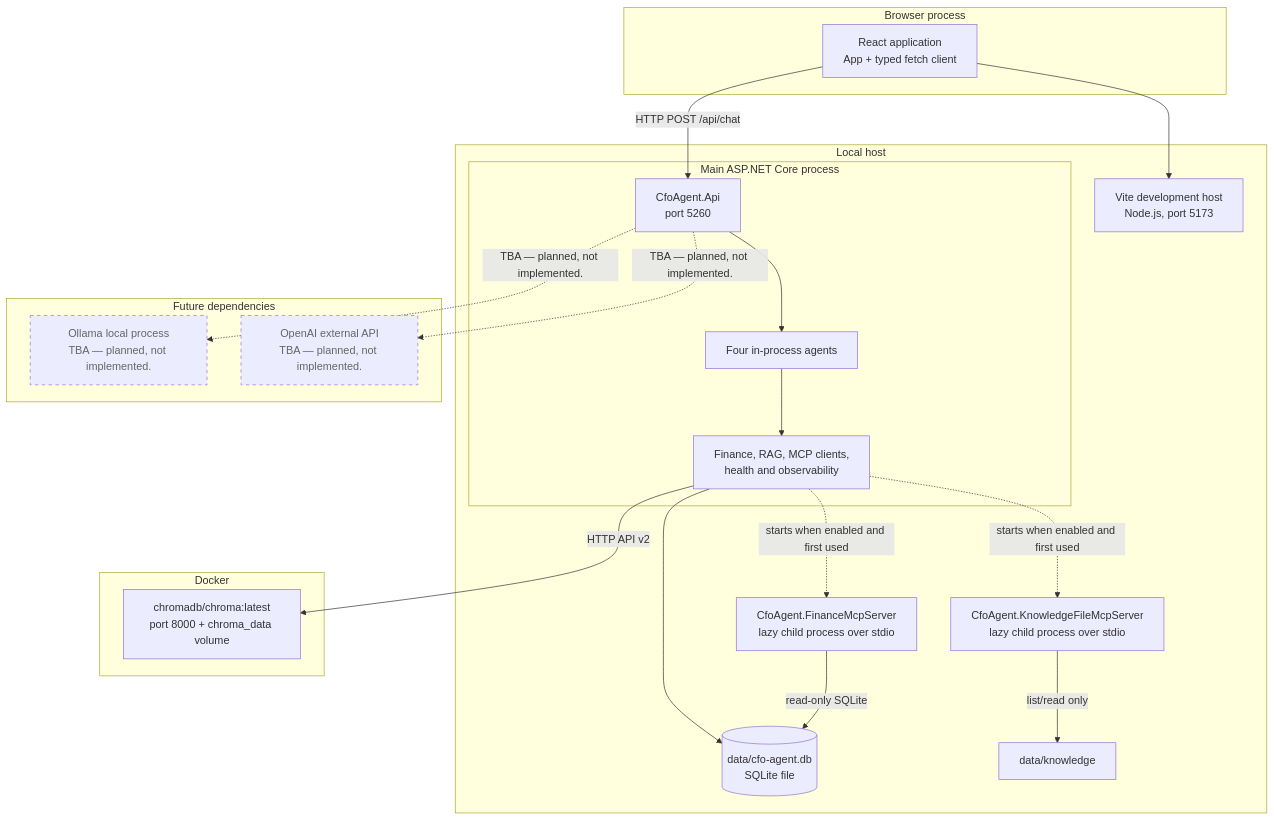
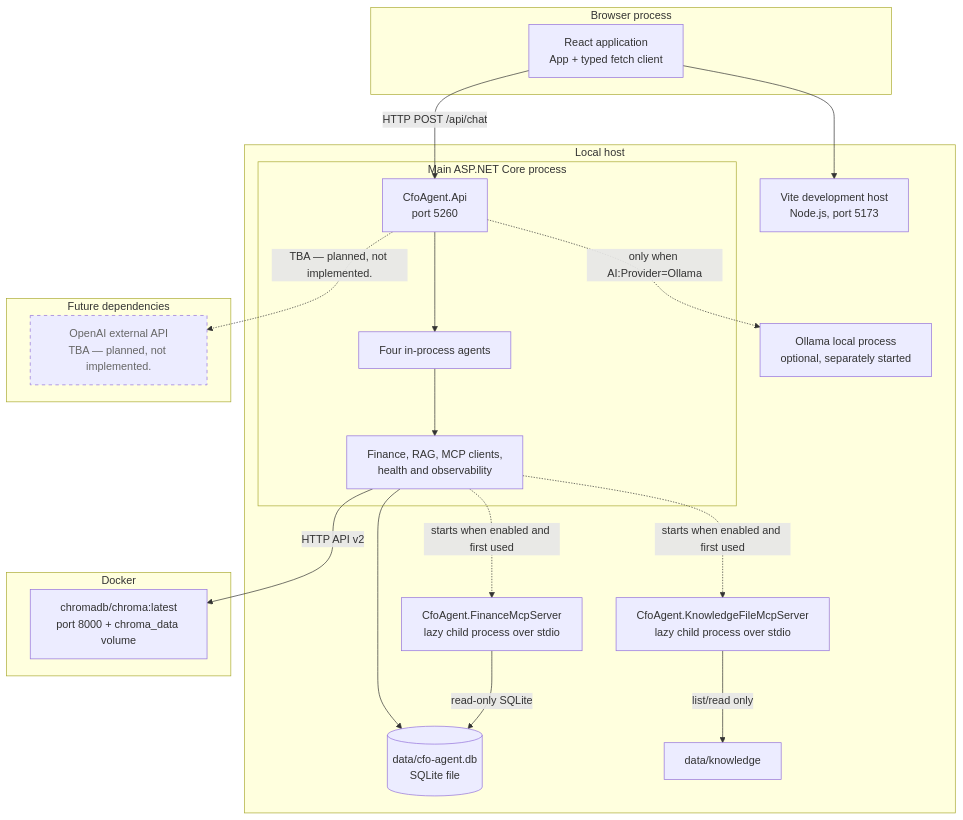
The second of 14 diagrams in APPLICATION_ARCHITECTURE.md (prabodharandima/ai_agent_cfo), drawn with Mermaid before and after one commit. The commit also changed other lines of this file and 23 other files, not shown here.

````diff
--- a/APPLICATION_ARCHITECTURE.md
+++ b/APPLICATION_ARCHITECTURE.md
@@ -61,44 +61,44 @@
 ```mermaid
 flowchart TB
     subgraph BROWSER["Browser process"]
         UI["React application<br/>App + typed fetch client"]
     end
 
     subgraph LOCAL["Local host"]
         VITE["Vite development host<br/>Node.js, port 5173"]
         subgraph API_PROCESS["Main ASP.NET Core process"]
             API["CfoAgent.Api<br/>port 5260"]
             AGENTS["Four in-process agents"]
             SERVICES["Finance, RAG, MCP clients,<br/>health and observability"]
         end
         DB[("data/cfo-agent.db<br/>SQLite file")]
         FINPROC["CfoAgent.FinanceMcpServer<br/>lazy child process over stdio"]
         FILEPROC["CfoAgent.KnowledgeFileMcpServer<br/>lazy child process over stdio"]
+        OLLAMA["Ollama local process<br/>optional, separately started"]
         KNOWLEDGE["data/knowledge"]
     end
 
     subgraph DOCKER["Docker"]
         CHROMA["chromadb/chroma:latest<br/>port 8000 + chroma_data volume"]
     end
 
     subgraph FUTURE["Future dependencies"]
-        OLLAMA["Ollama local process<br/>TBA — planned, not implemented."]
         OPENAI["OpenAI external API<br/>TBA — planned, not implemented."]
     end
 
     UI --> VITE
     UI -->|"HTTP POST /api/chat"| API
     API --> AGENTS
     AGENTS --> SERVICES
     SERVICES --> DB
     SERVICES -->|"HTTP API v2"| CHROMA
     SERVICES -. "starts when enabled and first used" .-> FINPROC
     SERVICES -. "starts when enabled and first used" .-> FILEPROC
     FINPROC -->|"read-only SQLite"| DB
     FILEPROC -->|"list/read only"| KNOWLEDGE
-    API -. "TBA — planned, not implemented." .-> OLLAMA
+    API -. "only when AI:Provider=Ollama" .-> OLLAMA
     API -. "TBA — planned, not implemented." .-> OPENAI
 
     classDef future stroke-dasharray: 5 5,color:#666;
-    class OLLAMA,OPENAI future;
+    class OPENAI future;
 ```
````
